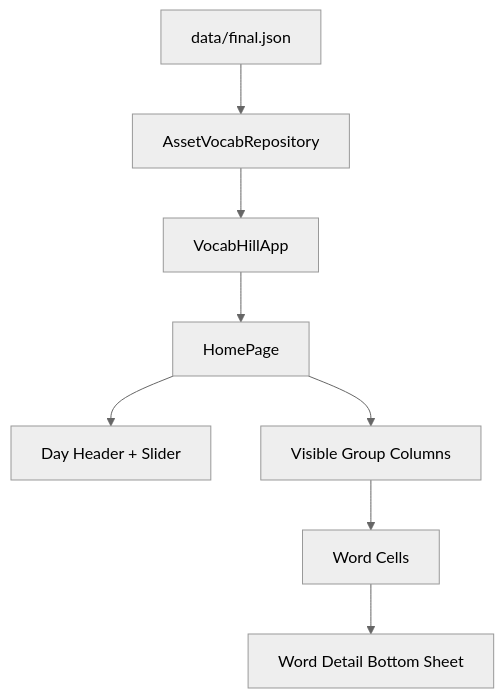
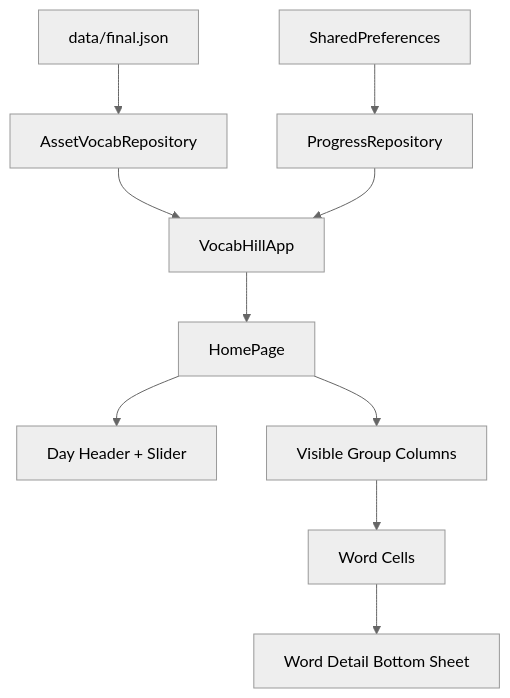
Before and after one commit to desertSniper87/vocab-hill: the diagram in docs/2-architecture/README.md, drawn with Mermaid (neutral theme). The commit also changed other lines of this file and 15 other files, not shown here.

````diff
--- a/docs/2-architecture/README.md
+++ b/docs/2-architecture/README.md
@@ -11,10 +11,12 @@
 ```mermaid
 flowchart TD
     A["data/final.json"] --> B["AssetVocabRepository"]
+    P["SharedPreferences"] --> Q["ProgressRepository"]
     B --> C["VocabHillApp"]
+    Q --> C
     C --> D["HomePage"]
     D --> E["Day Header + Slider"]
     D --> F["Visible Group Columns"]
     F --> G["Word Cells"]
     G --> H["Word Detail Bottom Sheet"]
 ```
````
